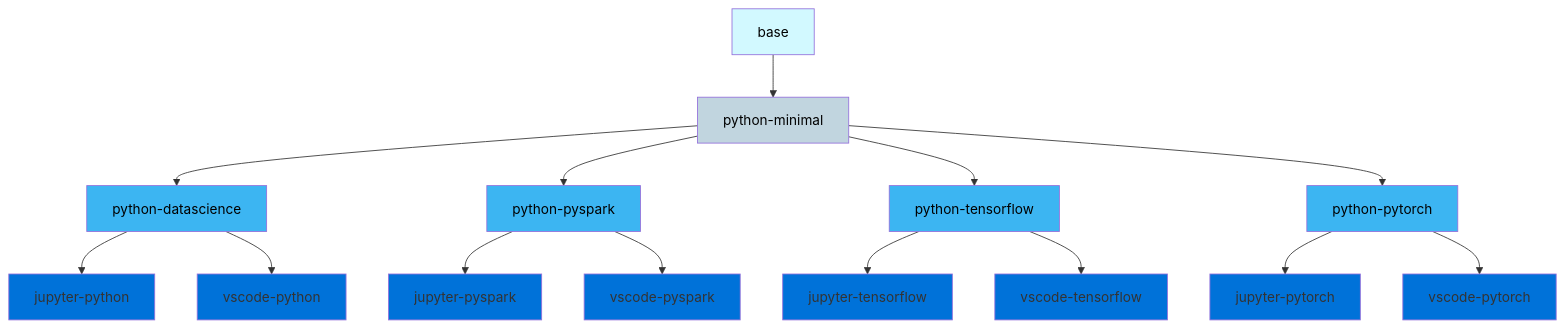
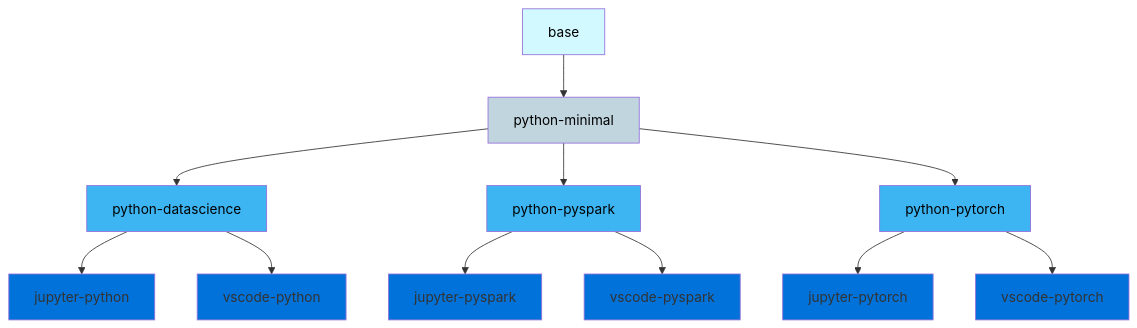
Before and after one commit to InseeFrLab/images-datascience: the second of 2 diagrams in README.md, drawn with Mermaid.

````diff
--- a/README.md
+++ b/README.md
@@ -47,20 +47,17 @@
 ```mermaid
   graph TD;
       B[base]:::base-->PM[python-minimal]:::minimal;
       PM-->PYDS[python-datascience]:::package;
       PM-->PYSPARK[python-pyspark]:::package;
-      PM-->PYTENSORFLOW[python-tensorflow]:::package;
       PM-->PYTORCH[python-pytorch]:::package;
       PYSPARK--> JPYSPARK[jupyter-pyspark]:::ide;
       PYDS--> JPYDS[jupyter-python]:::ide;
-      PYTENSORFLOW--> JPYTENSORFLOW[jupyter-tensorflow]:::ide;
       PYTORCH--> JPYTORCH[jupyter-pytorch]:::ide;
       PYSPARK--> VSCODEPYSPARK[vscode-pyspark]:::ide;
       PYDS--> VSCODEPYDS[vscode-python]:::ide;
-      PYTENSORFLOW--> VSCODEPYTENSORFLOW[vscode-tensorflow]:::ide;
       PYTORCH--> VSCODEPYTORCH[vscode-pytorch]:::ide;
       classDef base fill:#d2f9ff,color:#000  ;
       classDef minimal fill:#C1D5DF,color:#000;
       classDef package fill:#3cb5f2 ,color:#000  ;
       classDef ide fill:#0072d9  ;
 ```
````
